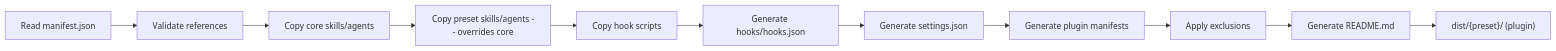
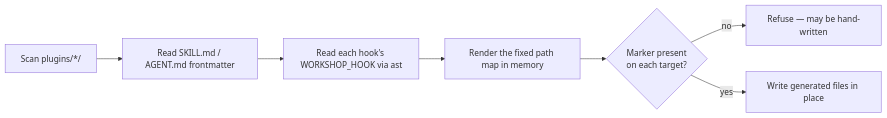
Before and after one commit to cdcoonce/the-workshop: the third of 3 diagrams in README.md, drawn with Mermaid. The commit also changed other lines of this file, not shown here.

````diff
--- a/README.md
+++ b/README.md
@@ -467,13 +445,9 @@
 ```mermaid
 flowchart LR
-    A[Read manifest.json] --> B[Validate references]
-    B --> C[Copy core skills/agents]
-    C --> D[Copy preset skills/agents -- overrides core]
-    D --> E[Copy hook scripts]
-    E --> F[Generate hooks/hooks.json]
-    F --> G[Generate settings.json]
-    G --> H[Generate plugin manifests]
-    H --> I[Apply exclusions]
-    I --> J[Generate README.md]
-    J --> K["dist/{preset}/ (plugin)"]
+    A[Scan plugins/*/] --> B[Read SKILL.md / AGENT.md frontmatter]
+    B --> C[Read each hook's WORKSHOP_HOOK via ast]
+    C --> D[Render the fixed path map in memory]
+    D --> E{Marker present<br/>on each target?}
+    E -- no --> F[Refuse — may be hand-written]
+    E -- yes --> G[Write generated files in place]
 ```
````
